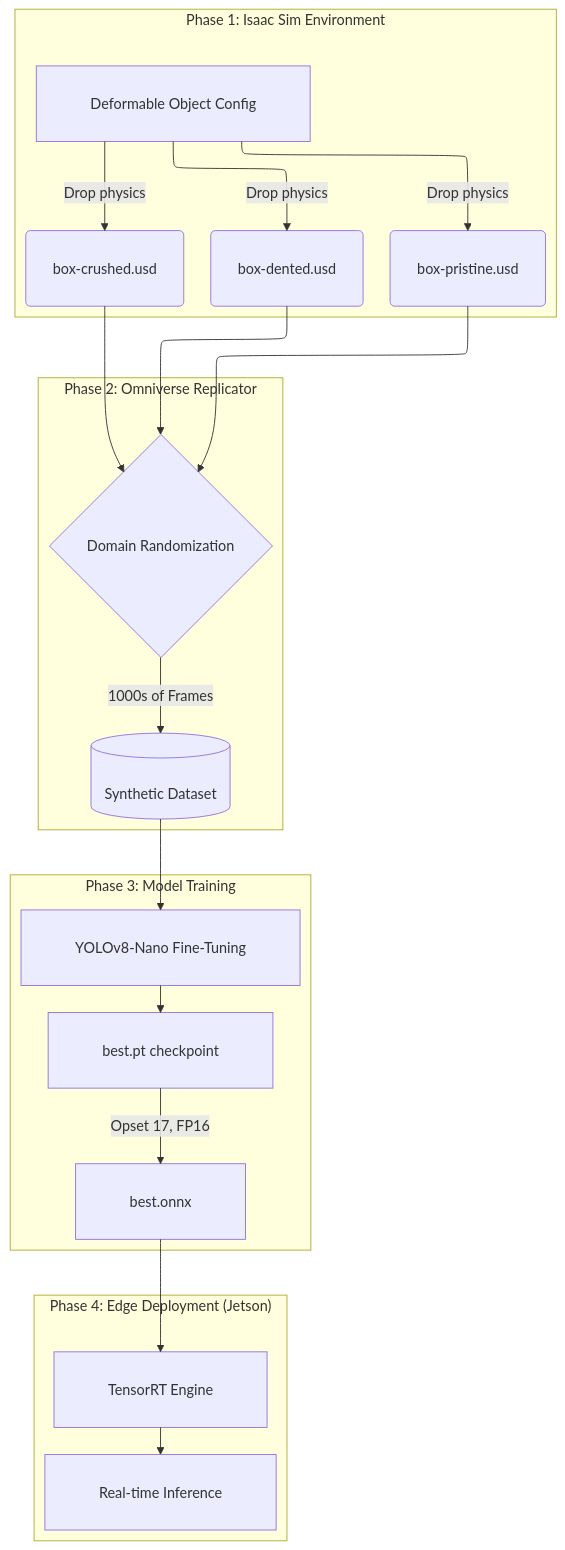
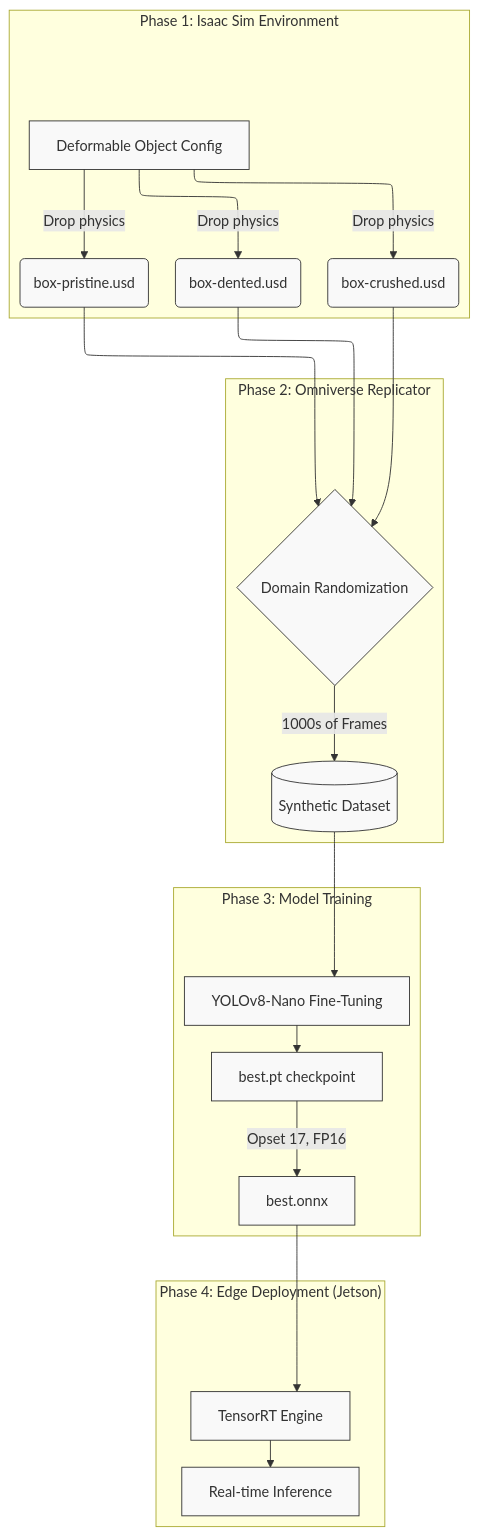
Before and after one commit to camirian/package-integrity-classification-via-sim-to-real: the diagram in README.md, drawn with Mermaid.

Commit message:
docs: refactor mermaid diagram with structural spacer nodes to completely eliminate text overlap

````diff
--- a/README.md
+++ b/README.md
@@ -39,31 +39,42 @@
 ```mermaid
-%%{init: {"flowchart": {"defaultRenderer": "elk", "padding": 30}} }%%
+%%{init: {"flowchart": {"defaultRenderer": "elk"}} }%%
 flowchart TD
+    classDef default fill:#f9f9f9,stroke:#333,stroke-width:1px;
+    classDef invisible fill:none,stroke:none,color:none;
+
     subgraph P1 ["Phase 1: Isaac Sim Environment"]
         direction TB
+        P1_spacer[ ]:::invisible
+        P1_spacer ~~~ A
         A[Deformable Object Config] -->|Drop physics| B(box-pristine.usd)
         A -->|Drop physics| C(box-dented.usd)
         A -->|Drop physics| D(box-crushed.usd)
     end
 
     subgraph P2 ["Phase 2: Omniverse Replicator"]
         direction TB
+        P2_spacer[ ]:::invisible
+        P2_spacer ~~~ E
         B --> E{Domain Randomization}
         C --> E
         D --> E
         E -->|1000s of Frames| F[(Synthetic Dataset)]
     end
 
     subgraph P3 ["Phase 3: Model Training"]
         direction TB
+        P3_spacer[ ]:::invisible
+        P3_spacer ~~~ G
         F --> G[YOLOv8-Nano Fine-Tuning]
         G --> H[best.pt checkpoint]
         H -->|Opset 17, FP16| I[best.onnx]
     end
 
     subgraph P4 ["Phase 4: Edge Deployment (Jetson)"]
         direction TB
+        P4_spacer[ ]:::invisible
+        P4_spacer ~~~ J
         I --> J[TensorRT Engine]
         J --> K[Real-time Inference]
     end
 ```
````
